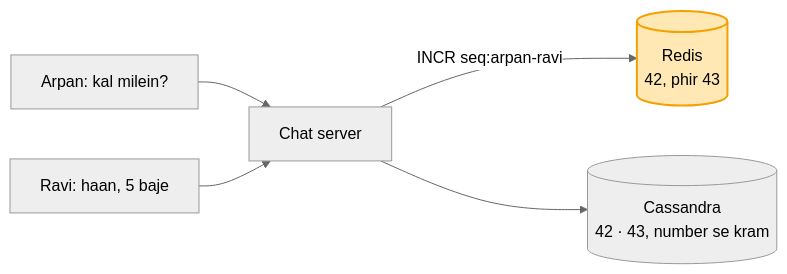
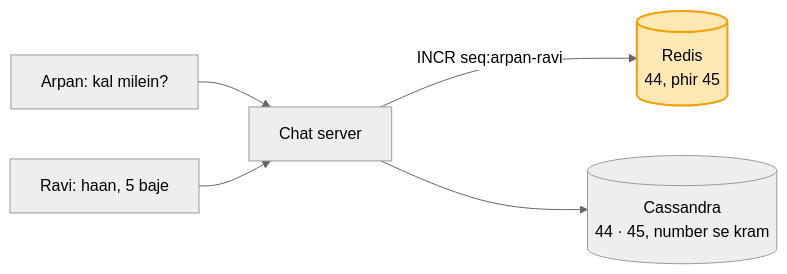
Before and after one commit to ArpanMaheshwari144/Prep: the seventh of 11 diagrams in 04_HLD/SYSTEM_DESIGNS/14_chat_messaging/14_chat_messaging.md, drawn with Mermaid (neutral theme). The commit also changed other lines of this file and 1 other file, not shown here.

Commit message:
audit: banking + chat ki seedhi galtiyan (Postgres error, message number, diagram teer, CDN, last_seen)

````diff
--- a/04_HLD/SYSTEM_DESIGNS/14_chat_messaging/14_chat_messaging.md
+++ b/04_HLD/SYSTEM_DESIGNS/14_chat_messaging/14_chat_messaging.md
@@ -328,8 +328,8 @@
 ```mermaid
 flowchart LR
     A["Arpan: kal milein?"] --> S["Chat server"]
     RV["Ravi: haan, 5 baje"] --> S
-    S -- "INCR seq:arpan-ravi" --> R[("Redis<br/>42, phir 43")]
-    S --> D[("Cassandra<br/>42 · 43, number se kram")]
+    S -- "INCR seq:arpan-ravi" --> R[("Redis<br/>44, phir 45")]
+    S --> D[("Cassandra<br/>44 · 45, number se kram")]
     style R fill:#ffe8b3,stroke:#f59f00,stroke-width:2px,color:#000
 ```
````
